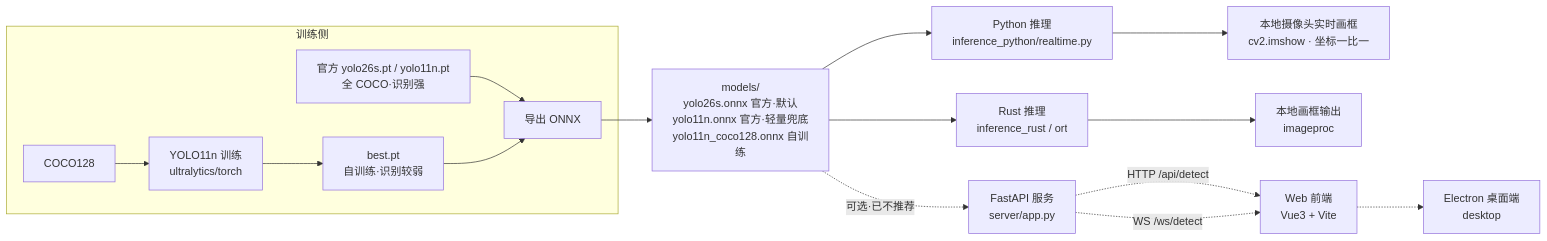
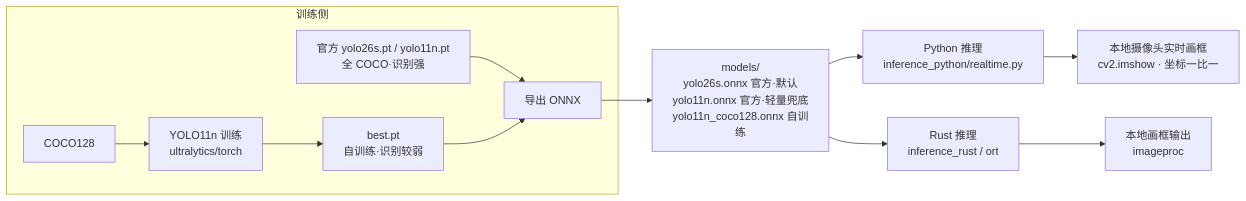
One commit to hwg2006/yolo-realtime changed the diagram in README.md. Above: the diagram before and after it, drawn with Mermaid. The commit also changed other lines of this file and 26 other files, not shown here.

````diff
--- a/README.md
+++ b/README.md
@@ -115,20 +115,15 @@
 ```mermaid
 flowchart LR
     subgraph 训练侧
         A[COCO128] --> B[YOLO11n 训练<br/>ultralytics/torch]
         B --> C[best.pt<br/>自训练·识别较弱]
         P[官方 yolo26s.pt / yolo11n.pt<br/>全 COCO·识别强] --> D[导出 ONNX]
         C --> D
     end
     D --> M[models/<br/>yolo26s.onnx 官方·默认<br/>yolo11n.onnx 官方·轻量兜底<br/>yolo11n_coco128.onnx 自训练]
 
     M --> E[Python 推理<br/>inference_python/realtime.py]
     M --> F[Rust 推理<br/>inference_rust / ort]
     E --> J[本地摄像头实时画框<br/>cv2.imshow · 坐标一比一]
     F --> K[本地画框输出<br/>imageproc]
-
-    M -. 可选·已不推荐 .-> G[FastAPI 服务<br/>server/app.py]
-    G -. HTTP /api/detect .-> H[Web 前端<br/>Vue3 + Vite]
-    G -. WS /ws/detect .-> H
-    H -.-> I[Electron 桌面端<br/>desktop]
 ```
````
